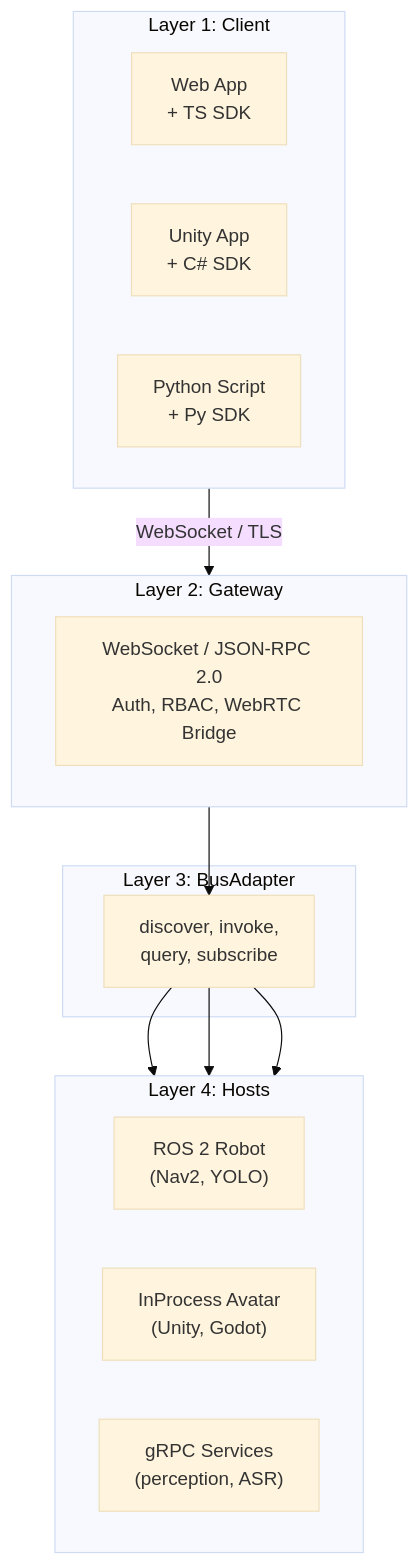
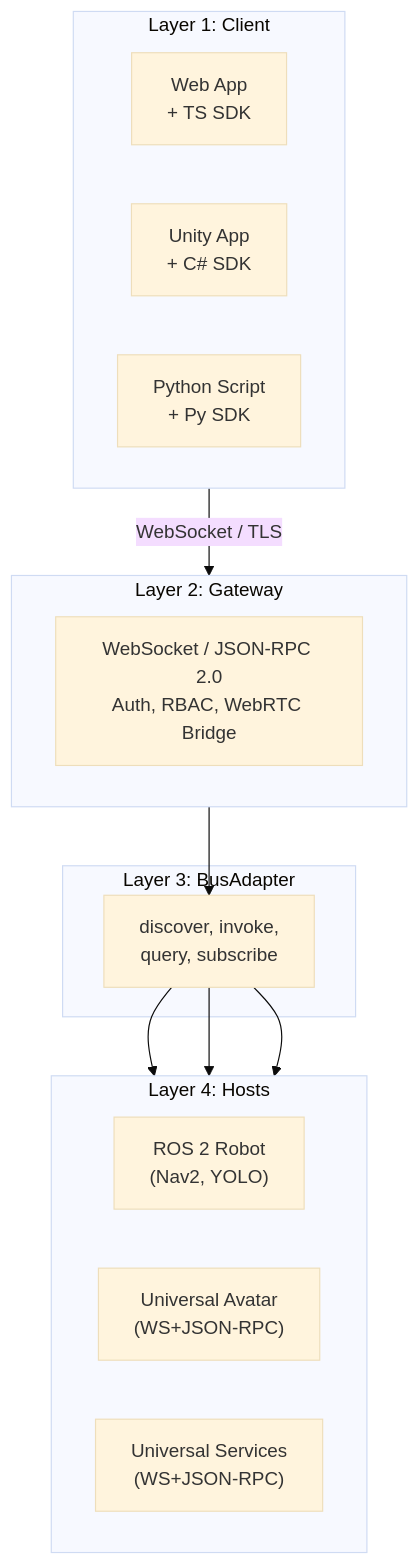
The diagram in README.md (openrois/openrois), drawn with Mermaid (base theme) before and after one commit. The commit also changed other lines of this file and 18 other files, not shown here.

````diff
--- a/README.md
+++ b/README.md
@@ -81,30 +80,30 @@
 ```mermaid
 flowchart TB
     subgraph L1["Layer 1: Client"]
         direction LR
         WebApp["Web App<br/>+ TS SDK"]
         UnityApp["Unity App<br/>+ C# SDK"]
         PyScript["Python Script<br/>+ Py SDK"]
     end
 
     subgraph L2["Layer 2: Gateway"]
         GW["WebSocket / JSON-RPC 2.0<br/>Auth, RBAC, WebRTC Bridge"]
     end
 
     subgraph L3["Layer 3: BusAdapter"]
         Bus["discover, invoke,<br/>query, subscribe"]
     end
 
     subgraph L4["Layer 4: Hosts"]
         direction LR
         Robot["ROS 2 Robot<br/>(Nav2, YOLO)"]
-        Avatar["InProcess Avatar<br/>(Unity, Godot)"]
-        Services["gRPC Services<br/>(perception, ASR)"]
+        Avatar["Universal Avatar<br/>(WS+JSON-RPC)"]
+        Services["Universal Services<br/>(WS+JSON-RPC)"]
     end
 
     L1 -->|"WebSocket / TLS"| L2
     L2 --> Bus
     Bus --> Robot
     Bus --> Avatar
     Bus --> Services
 ```
````
